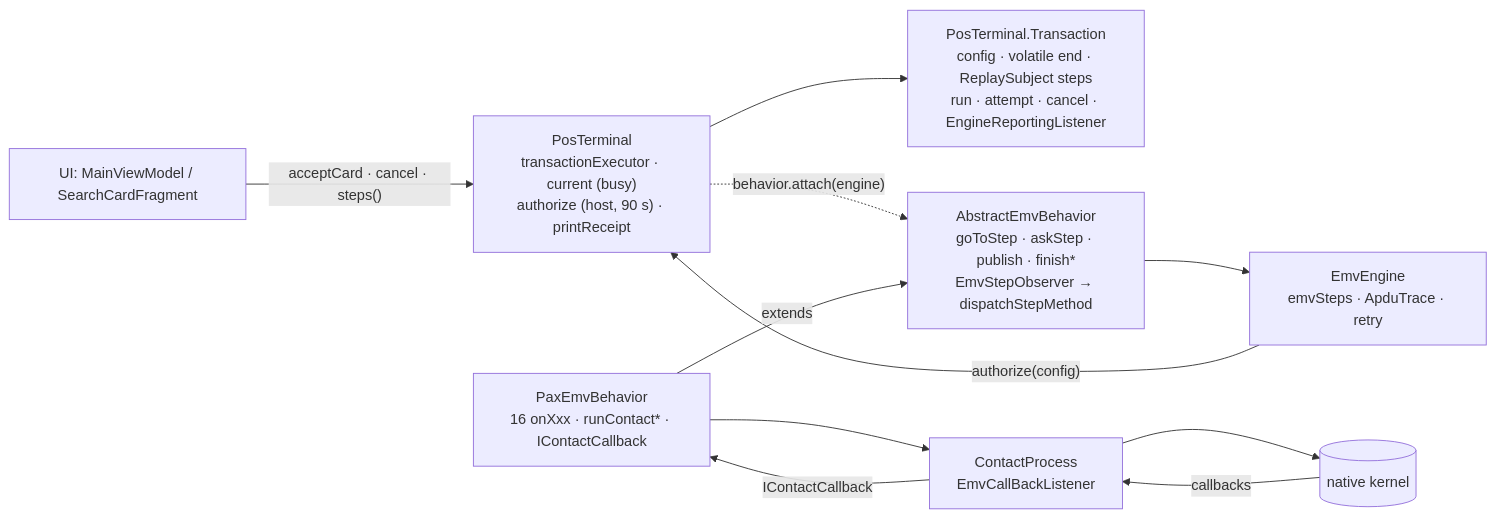
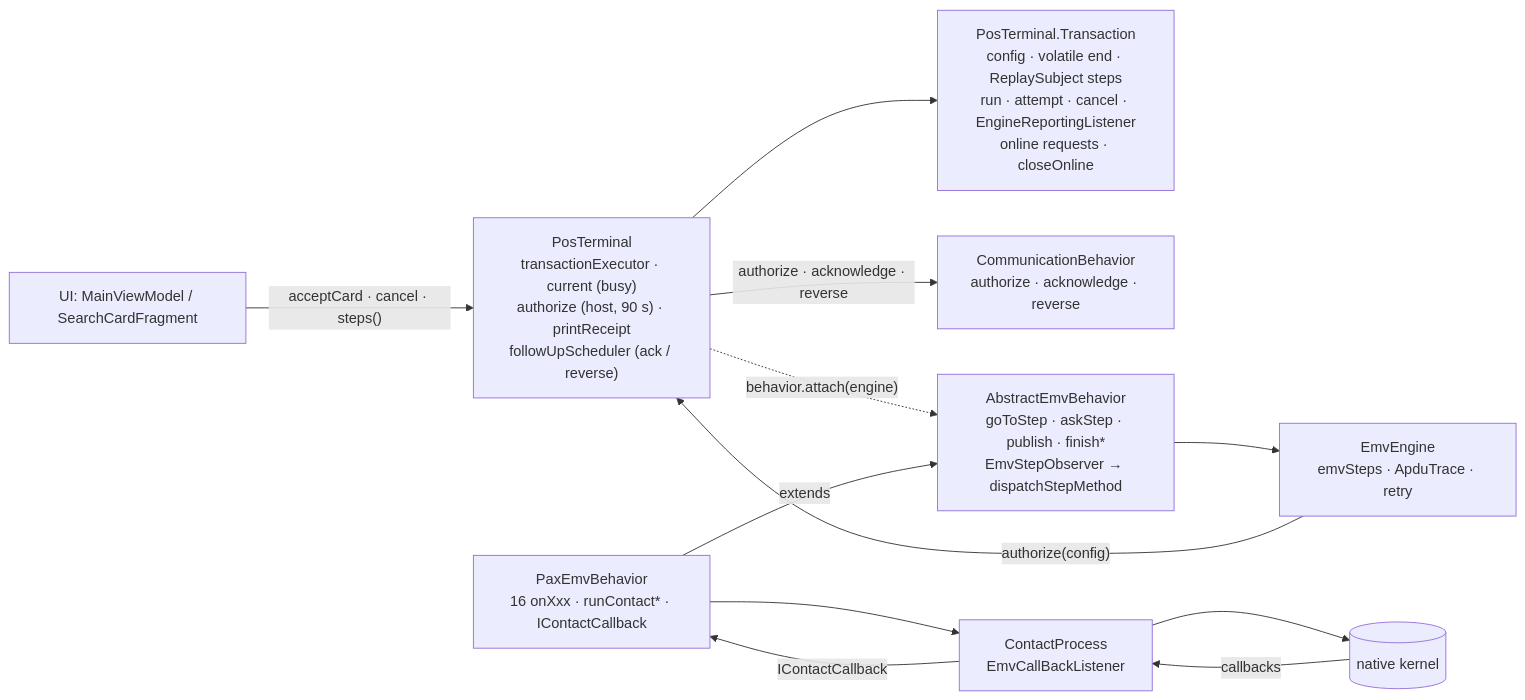
One commit to berothomas33/esaylinkrefactor changed the first of 9 diagrams in doc/REFERENCE.md. Above: the diagram before and after it, drawn with Mermaid. The commit also changed other lines of this file, not shown here.

First line of the commit message:
docs(REFERENCE): host follow-up (acknowledgement / reversal), not-sent failures, trace retry

````diff
--- a/doc/REFERENCE.md
+++ b/doc/REFERENCE.md
@@ -64,17 +68,19 @@
 ```mermaid
 flowchart LR
   UI["UI: MainViewModel / SearchCardFragment"]
-  PT["PosTerminal<br/>transactionExecutor · current (busy)<br/>authorize (host, 90 s) · printReceipt"]
-  TX["PosTerminal.Transaction<br/>config · volatile end · ReplaySubject steps<br/>run · attempt · cancel · EngineReportingListener"]
+  PT["PosTerminal<br/>transactionExecutor · current (busy)<br/>authorize (host, 90 s) · printReceipt<br/>followUpScheduler (ack / reverse)"]
+  TX["PosTerminal.Transaction<br/>config · volatile end · ReplaySubject steps<br/>run · attempt · cancel · EngineReportingListener<br/>online requests · closeOnline"]
+  CB["CommunicationBehavior<br/>authorize · acknowledge · reverse"]
   EN["EmvEngine<br/>emvSteps · ApduTrace · retry"]
   AB["AbstractEmvBehavior<br/>goToStep · askStep · publish · finish*<br/>EmvStepObserver → dispatchStepMethod"]
   PB["PaxEmvBehavior<br/>16 onXxx · runContact* · IContactCallback"]
   CP["ContactProcess<br/>EmvCallBackListener"]
   NK[("native kernel")]
   UI -- "acceptCard · cancel · steps()" --> PT --> TX
   PT -. "behavior.attach(engine)" .-> AB --> EN
   PB -- extends --> AB
   PB --> CP --> NK
   NK -- callbacks --> CP -- IContactCallback --> PB
   EN -- "authorize(config)" --> PT
+  PT -- "authorize · acknowledge · reverse" --> CB
 ```
````
